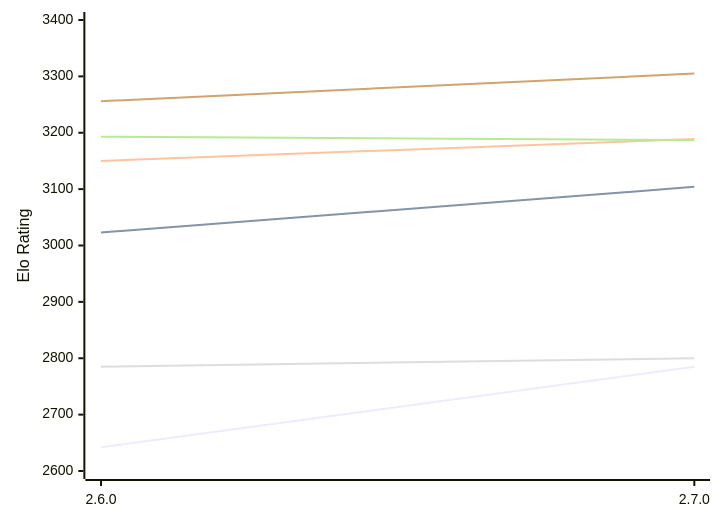
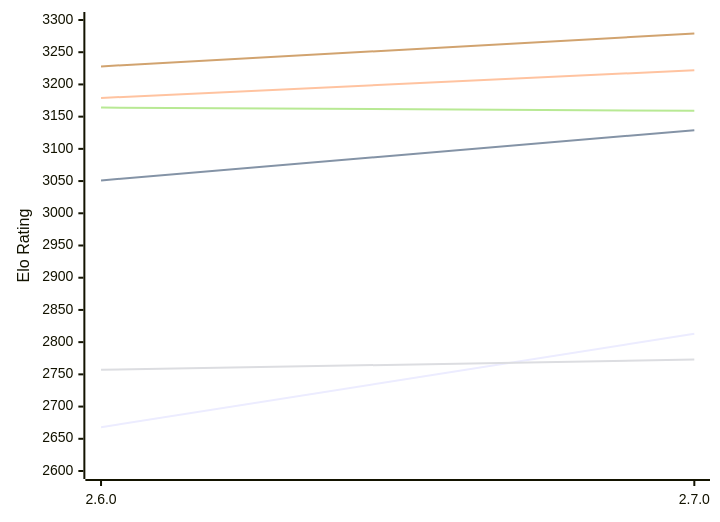
Before and after one commit to computer-chess-index/cci: the first of 2 diagrams in engines/Sturddle2.md, drawn with Mermaid. The commit also changed other lines of this file, not shown here.

Commit message:
Update CCI Ratings (ELO VLTC) - 2026-10-19

````diff
--- a/engines/Sturddle2.md
+++ b/engines/Sturddle2.md
@@ -51,12 +51,12 @@
 ```mermaid
 %%{init: {"theme":"base","themeVariables":{"seriesColors:['#a3a3a3','#222221','#faa371']}}}%%
 xychart-beta
   x-axis ["2.6.0", "2.7.0"]
-  y-axis "Elo Rating" 2600 --> 3400
-  line "E1: STC (8.0+0.08s)" [2642, 2785]
-  line "E1: LTC (60.0+0.60s)" [3023, 3104]
-  line "E1: VLTC (2m24s+1.12s)" [3150, 3189]
-  line "P1: STC (8.0+0.08s)" [2785, 2800]
-  line "P1: LTC (60.0+0.60s)" [3193, 3187]
-  line "P1: VLTC (2m24s+1.12s)" [3256, 3305]
+  y-axis "Elo Rating" 2600 --> 3300
+  line "E1: STC (8.0+0.08s)" [2668, 2813]
+  line "E1: LTC (60.0+0.60s)" [3051, 3129]
+  line "E1: VLTC (2m24s+1.12s)" [3179, 3222]
+  line "P1: STC (8.0+0.08s)" [2757, 2773]
+  line "P1: LTC (60.0+0.60s)" [3164, 3159]
+  line "P1: VLTC (2m24s+1.12s)" [3228, 3279]
 ```
````
